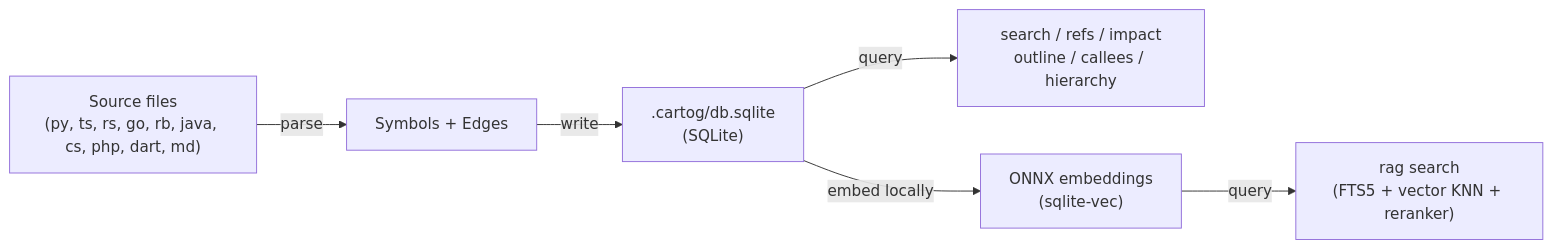
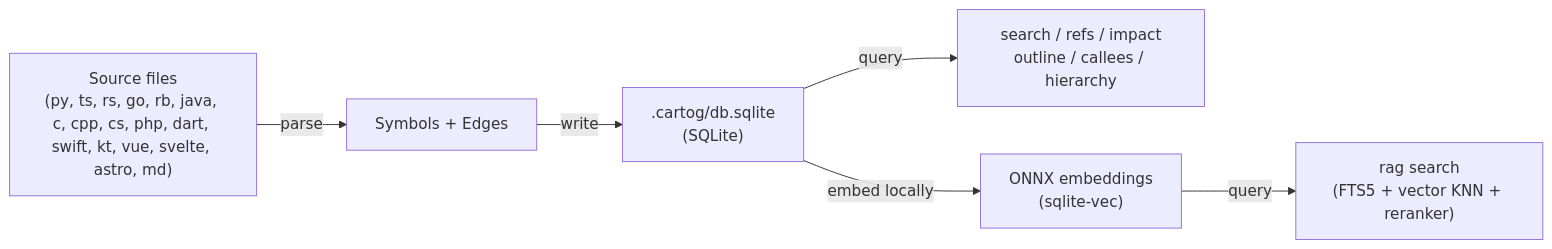
One commit to jrollin/cartog changed the diagram in README.md. Above: the diagram before and after it, drawn with Mermaid. The commit also changed other lines of this file and 139 other files, not shown here.

````diff
--- a/README.md
+++ b/README.md
@@ -557,8 +559,8 @@
 ```mermaid
 graph LR
-    A["Source files<br/>(py, ts, rs, go, rb, java, cs, php, dart, md)"] -->|parse| B["Symbols + Edges"]
+    A["Source files<br/>(py, ts, rs, go, rb, java, c, cpp, cs, php, dart, swift, kt, vue, svelte, astro, md)"] -->|parse| B["Symbols + Edges"]
     B -->|write| C[".cartog/db.sqlite<br/>(SQLite)"]
     C -->|query| D["search / refs / impact<br/>outline / callees / hierarchy"]
     C -->|embed locally| E["ONNX embeddings<br/>(sqlite-vec)"]
     E -->|query| F["rag search<br/>(FTS5 + vector KNN + reranker)"]
 ```
````
